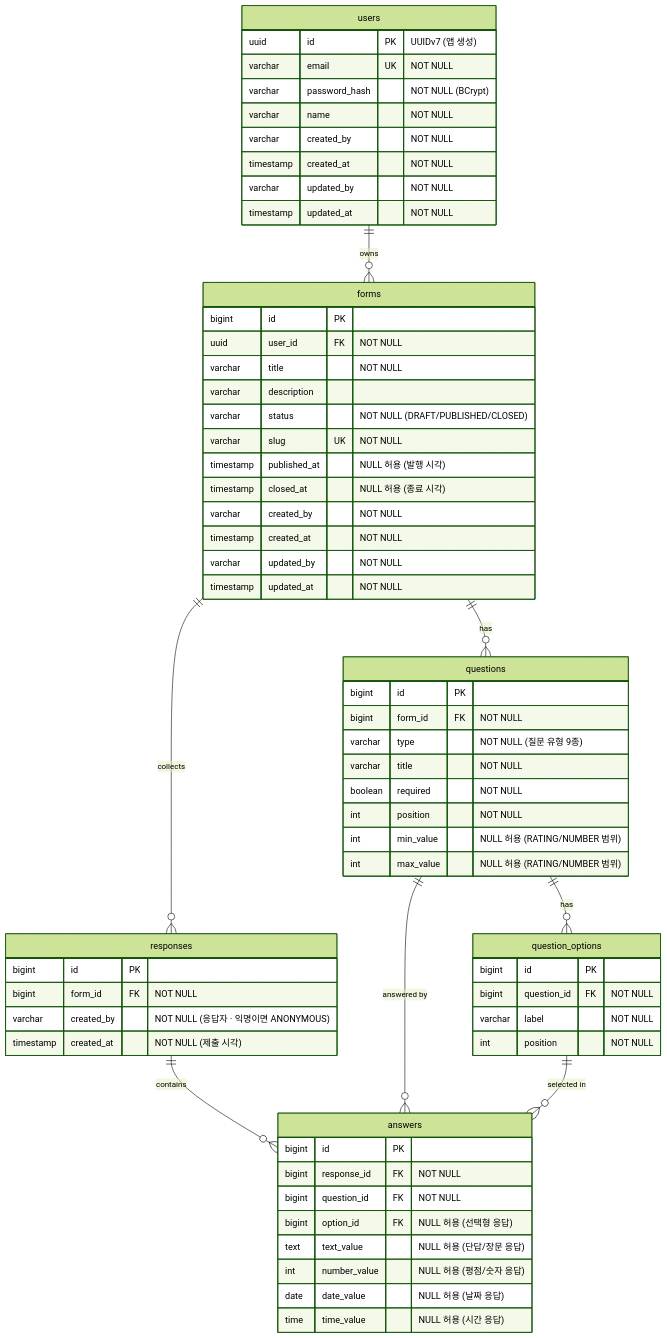
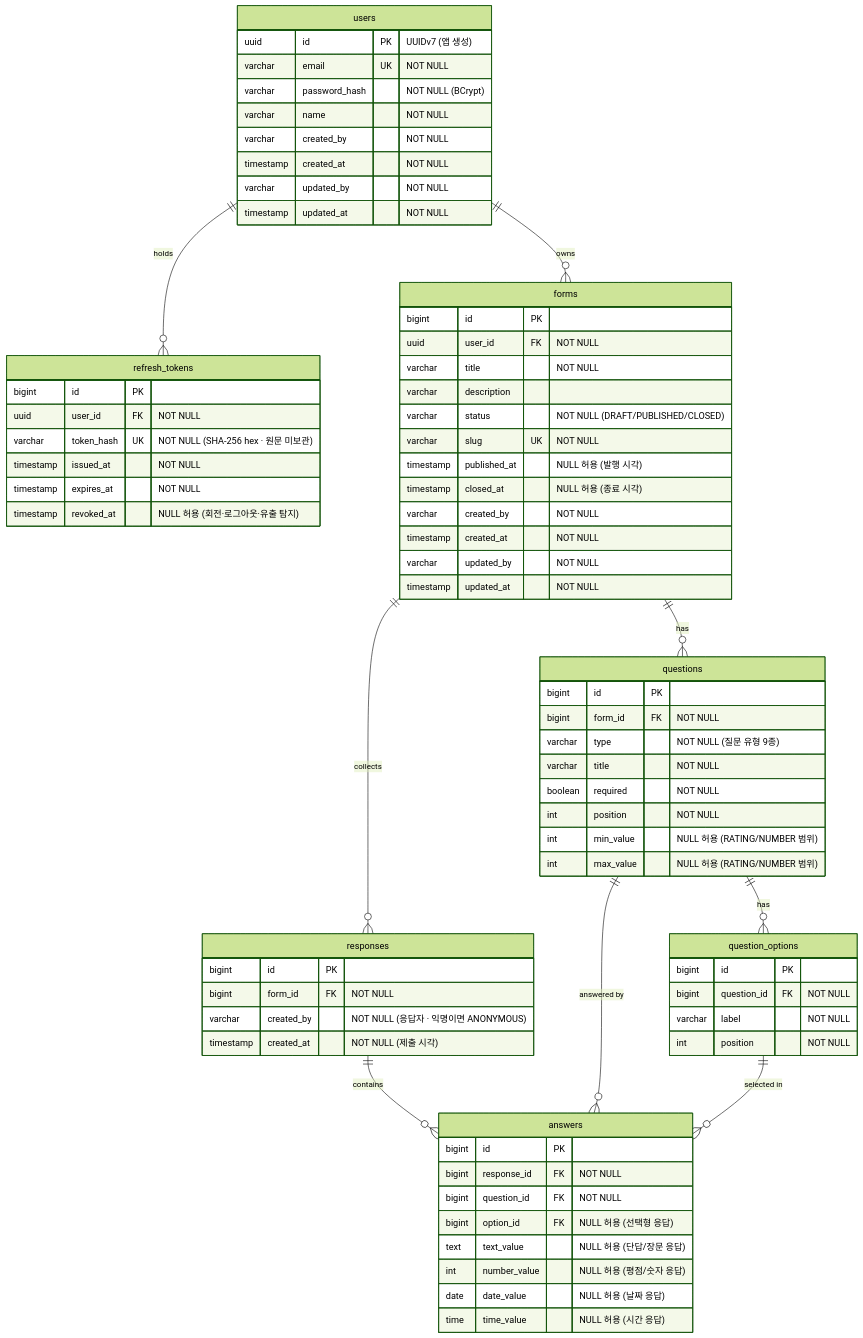
Before and after one commit to SJ-Kye/open-froms: the diagram in docs/04-db-design.md, drawn with Mermaid (forest theme). The commit also changed other lines of this file and 1 other file, not shown here.

First line of the commit message:
docs: 04·05 — refresh_tokens 테이블과 토큰 갱신 API 반영(실측 검증)

````diff
--- a/docs/04-db-design.md
+++ b/docs/04-db-design.md
@@ -5,67 +5,76 @@
 ```mermaid
 erDiagram
+    users ||--o{ refresh_tokens : "holds"
     users ||--o{ forms : "owns"
     forms ||--o{ questions : "has"
     questions ||--o{ question_options : "has"
     forms ||--o{ responses : "collects"
     responses ||--o{ answers : "contains"
     questions ||--o{ answers : "answered by"
     question_options ||--o{ answers : "selected in"
 
     users {
         uuid id PK "UUIDv7 (앱 생성)"
         varchar email UK "NOT NULL"
         varchar password_hash "NOT NULL (BCrypt)"
         varchar name "NOT NULL"
         varchar created_by "NOT NULL"
         timestamp created_at "NOT NULL"
         varchar updated_by "NOT NULL"
         timestamp updated_at "NOT NULL"
+    }
+    refresh_tokens {
+        bigint id PK
+        uuid user_id FK "NOT NULL"
+        varchar token_hash UK "NOT NULL (SHA-256 hex · 원문 미보관)"
+        timestamp issued_at "NOT NULL"
+        timestamp expires_at "NOT NULL"
+        timestamp revoked_at "NULL 허용 (회전·로그아웃·유출 탐지)"
     }
     forms {
         bigint id PK
         uuid user_id FK "NOT NULL"
         varchar title "NOT NULL"
         varchar description
         varchar status "NOT NULL (DRAFT/PUBLISHED/CLOSED)"
         varchar slug UK "NOT NULL"
         timestamp published_at "NULL 허용 (발행 시각)"
         timestamp closed_at "NULL 허용 (종료 시각)"
         varchar created_by "NOT NULL"
         timestamp created_at "NOT NULL"
         varchar updated_by "NOT NULL"
         timestamp updated_at "NOT NULL"
     }
     questions {
         bigint id PK
         bigint form_id FK "NOT NULL"
         varchar type "NOT NULL (질문 유형 9종)"
         varchar title "NOT NULL"
         boolean required "NOT NULL"
         int position "NOT NULL"
         int min_value "NULL 허용 (RATING/NUMBER 범위)"
         int max_value "NULL 허용 (RATING/NUMBER 범위)"
     }
     question_options {
         bigint id PK
         bigint question_id FK "NOT NULL"
         varchar label "NOT NULL"
         int position "NOT NULL"
     }
     responses {
         bigint id PK
         bigint form_id FK "NOT NULL"
         varchar created_by "NOT NULL (응답자 · 익명이면 ANONYMOUS)"
         timestamp created_at "NOT NULL (제출 시각)"
     }
     answers {
         bigint id PK
         bigint response_id FK "NOT NULL"
         bigint question_id FK "NOT NULL"
         bigint option_id FK "NULL 허용 (선택형 응답)"
         text text_value "NULL 허용 (단답/장문 응답)"
         int number_value "NULL 허용 (평점/숫자 응답)"
         date date_value "NULL 허용 (날짜 응답)"
         time time_value "NULL 허용 (시간 응답)"
     }
 ```
````
